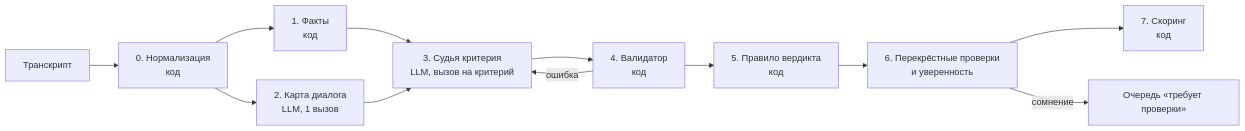
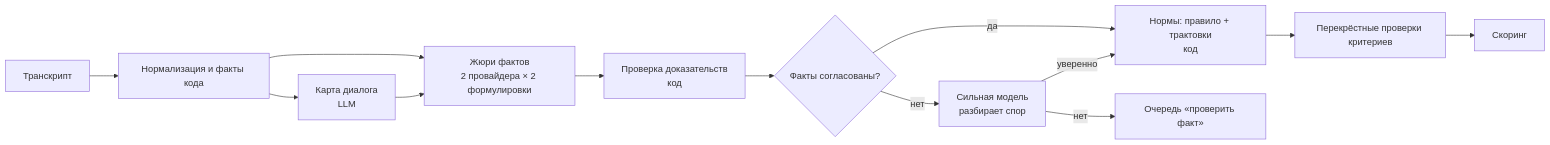
One commit to govnejri/freedom-cqa changed the diagram in docs/core-eval.md. Above: the diagram before and after it, drawn with Mermaid. The commit also changed other lines of this file, not shown here.

First line of the commit message:
Ядро оценки v2: факты — моделям, нормы — коду

````diff
--- a/docs/core-eval.md
+++ b/docs/core-eval.md
@@ -39,14 +44,15 @@
 ```mermaid
 flowchart LR
-  A[Транскрипт] --> B[0. Нормализация<br/>код]
-  B --> C[1. Факты<br/>код]
-  B --> D[2. Карта диалога<br/>LLM, 1 вызов]
-  C --> E[3. Судья критерия<br/>LLM, вызов на критерий]
-  D --> E
-  E --> F[4. Валидатор<br/>код]
-  F -- ошибка --> E
-  F --> G[5. Правило вердикта<br/>код]
-  G --> H[6. Перекрёстные проверки<br/>и уверенность]
-  H --> I[7. Скоринг<br/>код]
-  H -- сомнение --> J[Очередь «требует проверки»]
+  A[Транскрипт] --> B[Нормализация и факты кода]
+  B --> C[Карта диалога<br/>LLM]
+  B --> D[Жюри фактов<br/>2 провайдера × 2 формулировки]
+  C --> D
+  D --> E[Проверка доказательств<br/>код]
+  E --> F{Факты согласованы?}
+  F -- да --> G[Нормы: правило + трактовки<br/>код]
+  F -- нет --> H[Сильная модель<br/>разбирает спор]
+  H -- уверенно --> G
+  H -- нет --> Q[Очередь «проверить факт»]
+  G --> I[Перекрёстные проверки критериев]
+  I --> J[Скоринг]
 ```
````
